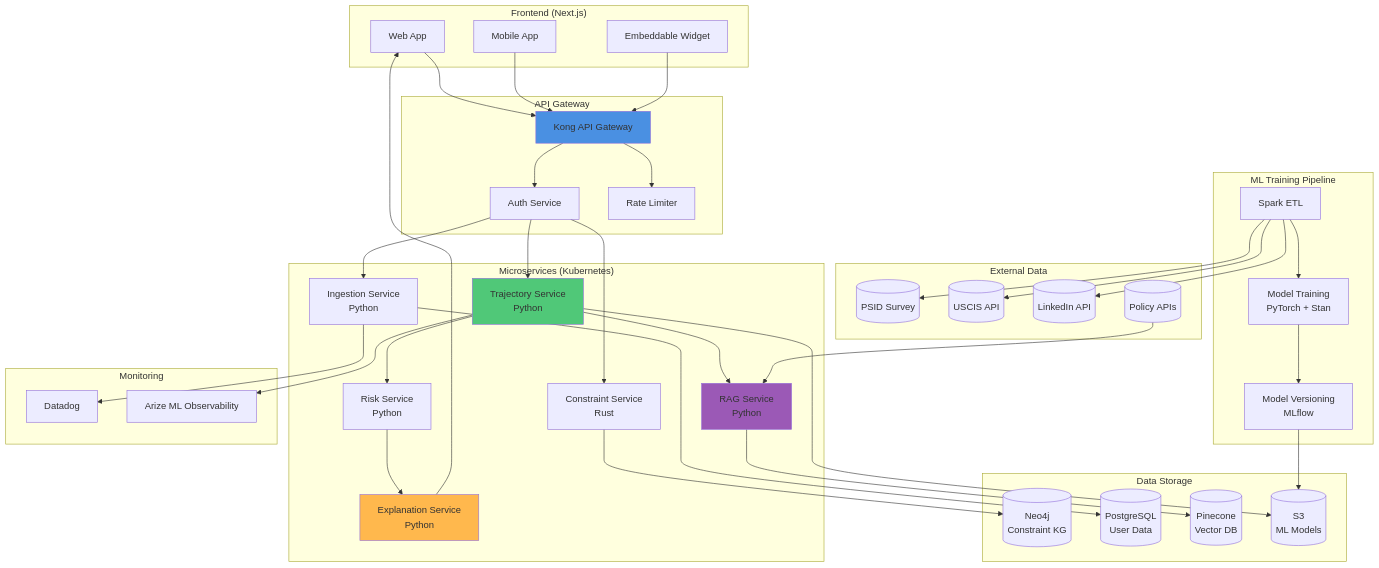
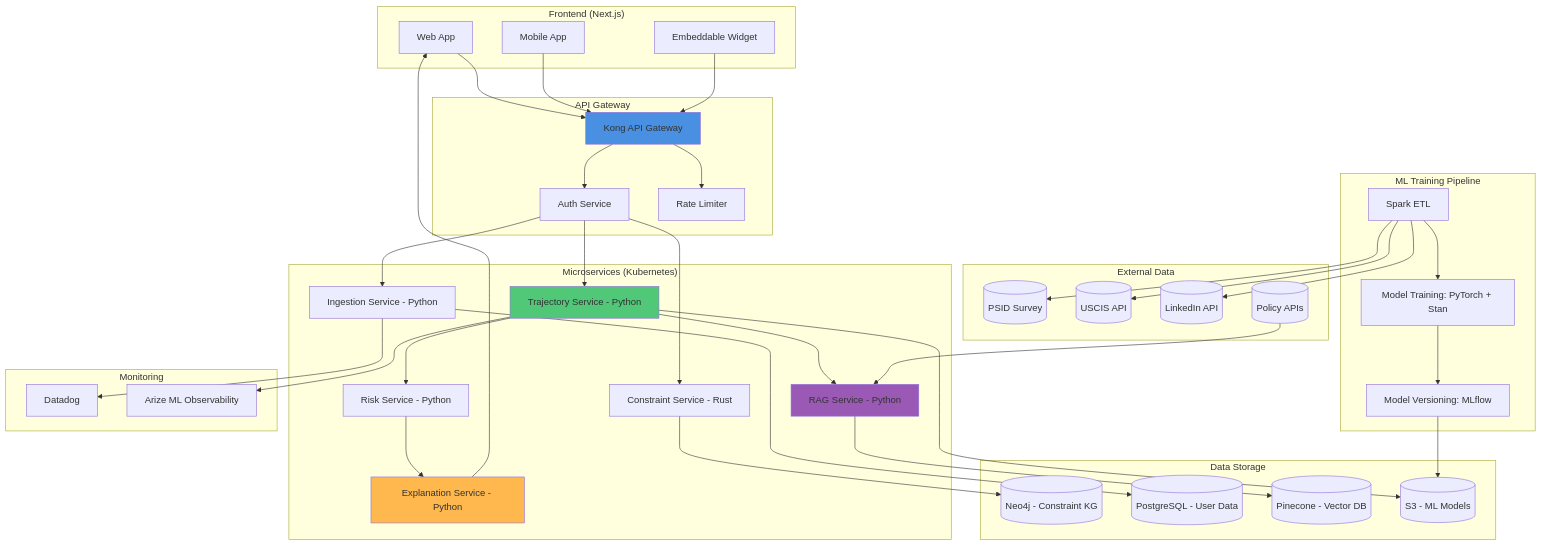
Diagram 17 of 20 in ldc_flowcharts.md (Nishant-coder-cpu/testing), drawn with Mermaid before and after one commit. The commit also changed other lines of this file, not shown here.

```diff
--- a/ldc_flowcharts.md
+++ b/ldc_flowcharts.md
@@ -909,25 +903,25 @@
     end
     
     subgraph "Microservices (Kubernetes)"
-        INGEST[Ingestion Service<br/>Python]
-        CONSTRAINT[Constraint Service<br/>Rust]
-        TRAJECTORY[Trajectory Service<br/>Python]
-        RAG_SVC[RAG Service<br/>Python]
-        RISK[Risk Service<br/>Python]
-        EXPLAIN[Explanation Service<br/>Python]
+        INGEST["Ingestion Service - Python"]
+        CONSTRAINT["Constraint Service - Rust"]
+        TRAJECTORY["Trajectory Service - Python"]
+        RAG_SVC["RAG Service - Python"]
+        RISK["Risk Service - Python"]
+        EXPLAIN["Explanation Service - Python"]
     end
     
     subgraph "Data Storage"
-        NEO[(Neo4j<br/>Constraint KG)]
-        POSTGRES[(PostgreSQL<br/>User Data)]
-        PINECONE[(Pinecone<br/>Vector DB)]
-        S3[(S3<br/>ML Models)]
+        NEO[("Neo4j - Constraint KG")]
+        POSTGRES[("PostgreSQL - User Data")]
+        PINECONE[("Pinecone - Vector DB")]
+        S3[("S3 - ML Models")]
     end
     
     subgraph "ML Training Pipeline"
         SPARK[Spark ETL]
-        TRAIN[Model Training<br/>PyTorch + Stan]
-        VERSIONING[Model Versioning<br/>MLflow]
+        TRAIN["Model Training: PyTorch + Stan"]
+        VERSIONING["Model Versioning: MLflow"]
     end
     
     subgraph "External Data"
```
